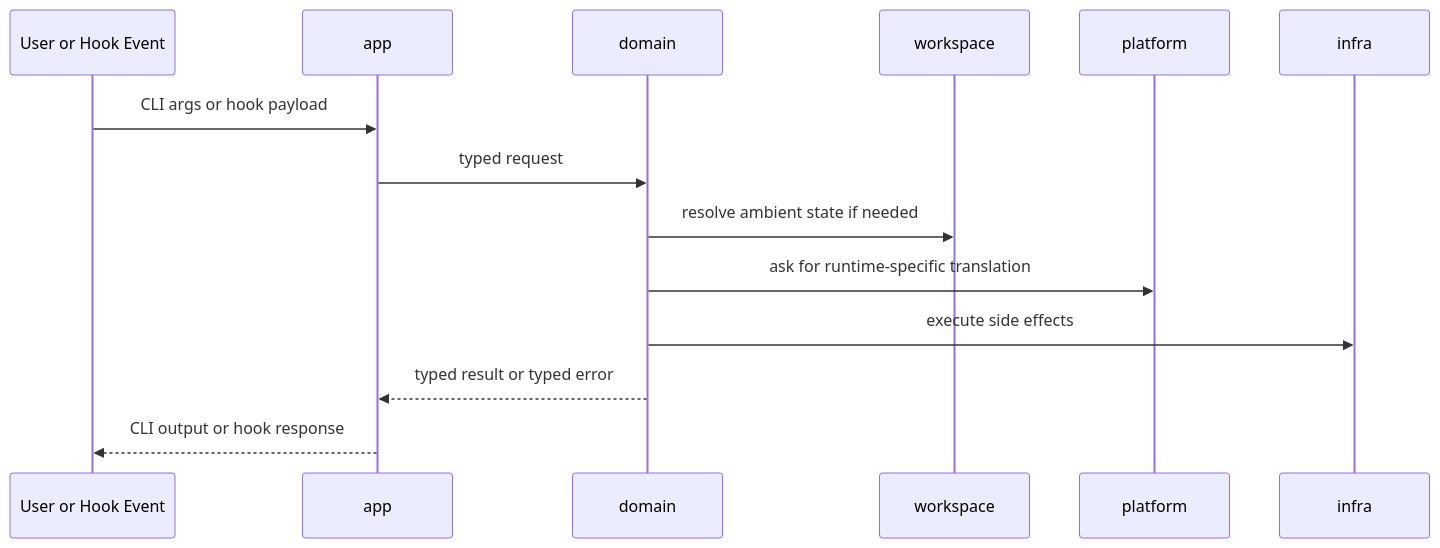
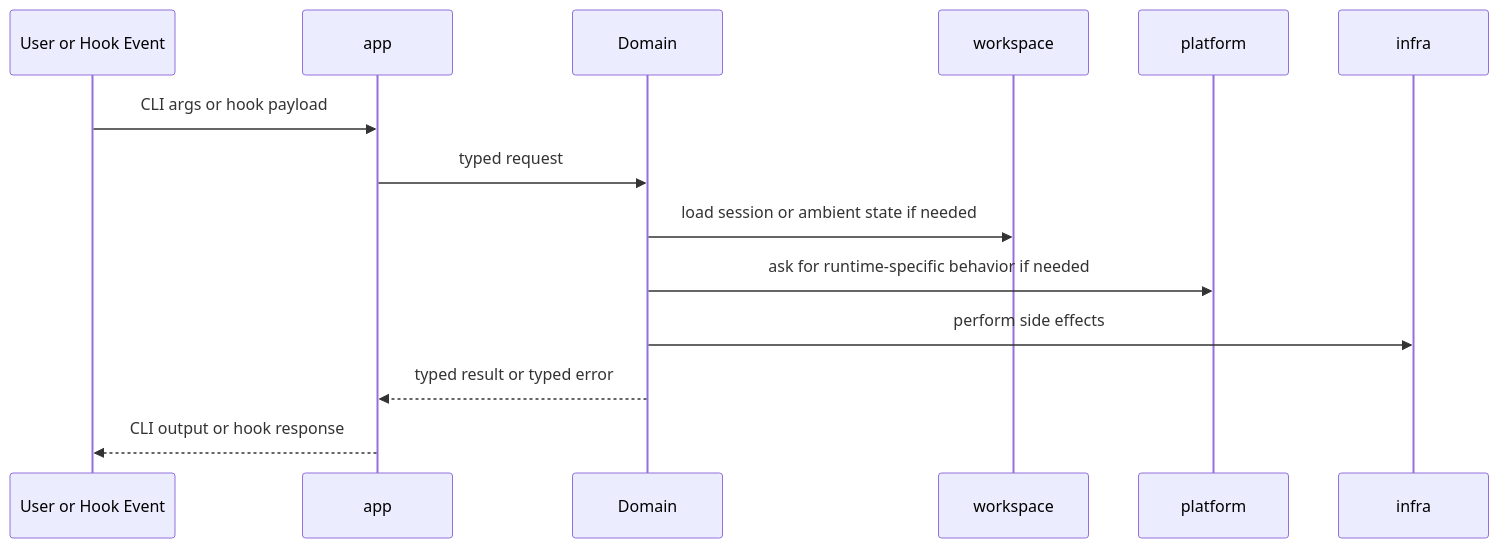
Before and after one commit to smykla-skalski/harness: the second of 3 diagrams in ARCHITECTURE.md, drawn with Mermaid. The commit also changed other lines of this file and 1 other file, not shown here.

Commit message:
docs(meta): humanize README and ARCHITECTURE

````diff
--- a/ARCHITECTURE.md
+++ b/ARCHITECTURE.md
@@ -79,17 +99,17 @@
 ```mermaid
 sequenceDiagram
     participant U as User or Hook Event
     participant A as app
-    participant D as domain
+    participant D as Domain
     participant W as workspace
     participant P as platform
     participant I as infra
 
     U->>A: CLI args or hook payload
     A->>D: typed request
-    D->>W: resolve ambient state if needed
-    D->>P: ask for runtime-specific translation
-    D->>I: execute side effects
+    D->>W: load session or ambient state if needed
+    D->>P: ask for runtime-specific behavior if needed
+    D->>I: perform side effects
     D-->>A: typed result or typed error
     A-->>U: CLI output or hook response
 ```
````
